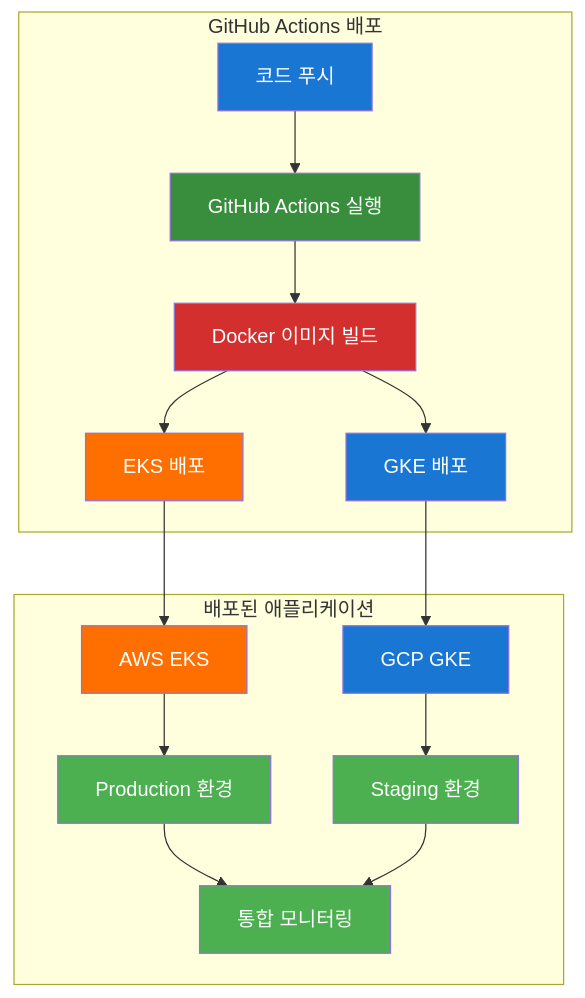
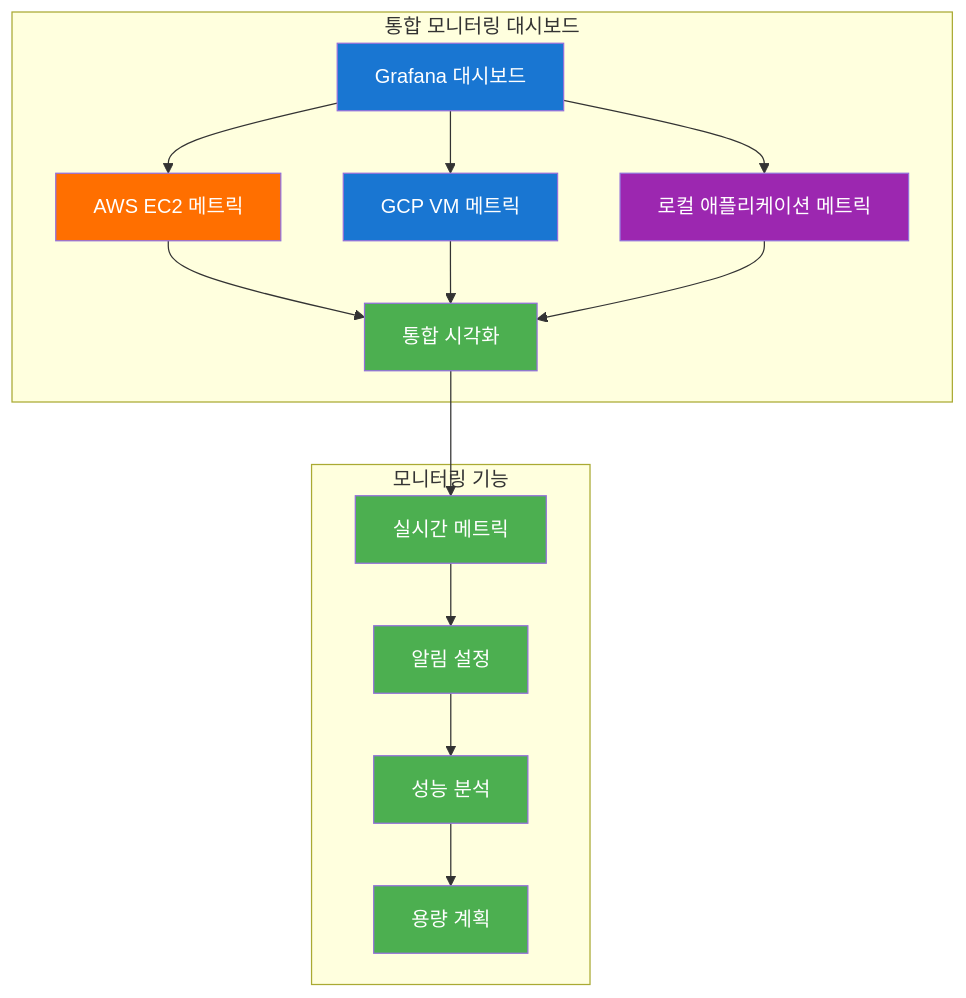
The eighth of 9 diagrams in mcp_knowledge_base/cloud_intermediate/lectures/day2/Day2_통합강의안_오후.md (jungfrau70/mcp_cloud), drawn with Mermaid before and after one commit. The commit also changed other lines of this file and 27 other files, not shown here.

Commit message:
Update: 2025-10-01 06:17:00 - mcp_knowledge_base/.cursor/rules/automation-architecture.mdc and 27 more files

````diff
--- a/mcp_knowledge_base/cloud_intermediate/lectures/day2/Day2_통합강의안_오후.md
+++ b/mcp_knowledge_base/cloud_intermediate/lectures/day2/Day2_통합강의안_오후.md
@@ -600,30 +594,29 @@
 ```mermaid
 flowchart TD
-    subgraph "GitHub Actions 배포"
-        A["코드 푸시"] --> B["GitHub Actions 실행"]
-        B --> C["Docker 이미지 빌드"]
-        C --> D["EKS 배포"]
-        C --> E["GKE 배포"]
+    subgraph "통합 모니터링 대시보드"
+        A["Grafana 대시보드"] --> B["AWS EC2 메트릭"]
+        A --> C["GCP VM 메트릭"]
+        A --> D["로컬 애플리케이션 메트릭"]
+        B --> E["통합 시각화"]
+        C --> E
+        D --> E
     end
     
-    subgraph "배포된 애플리케이션"
-        F["AWS EKS"] --> G["Production 환경"]
-        H["GCP GKE"] --> I["Staging 환경"]
-        G --> J["통합 모니터링"]
-        I --> J
+    subgraph "모니터링 기능"
+        F["실시간 메트릭"] --> G["알림 설정"]
+        G --> H["성능 분석"]
+        H --> I["용량 계획"]
     end
     
-    D --> F
-    E --> H
+    E --> F
     
     style A fill:#1976d2,color:#ffffff
-    style B fill:#388e3c,color:#ffffff
-    style C fill:#d32f2f,color:#ffffff
-    style D fill:#ff6f00,color:#ffffff
-    style E fill:#1976d2,color:#ffffff
-    style F fill:#ff6f00,color:#ffffff
+    style B fill:#ff6f00,color:#ffffff
+    style C fill:#1976d2,color:#ffffff
+    style D fill:#9c27b0,color:#ffffff
+    style E fill:#4caf50,color:#ffffff
+    style F fill:#4caf50,color:#ffffff
     style G fill:#4caf50,color:#ffffff
-    style H fill:#1976d2,color:#ffffff
+    style H fill:#4caf50,color:#ffffff
     style I fill:#4caf50,color:#ffffff
-    style J fill:#4caf50,color:#ffffff
 ```
````
